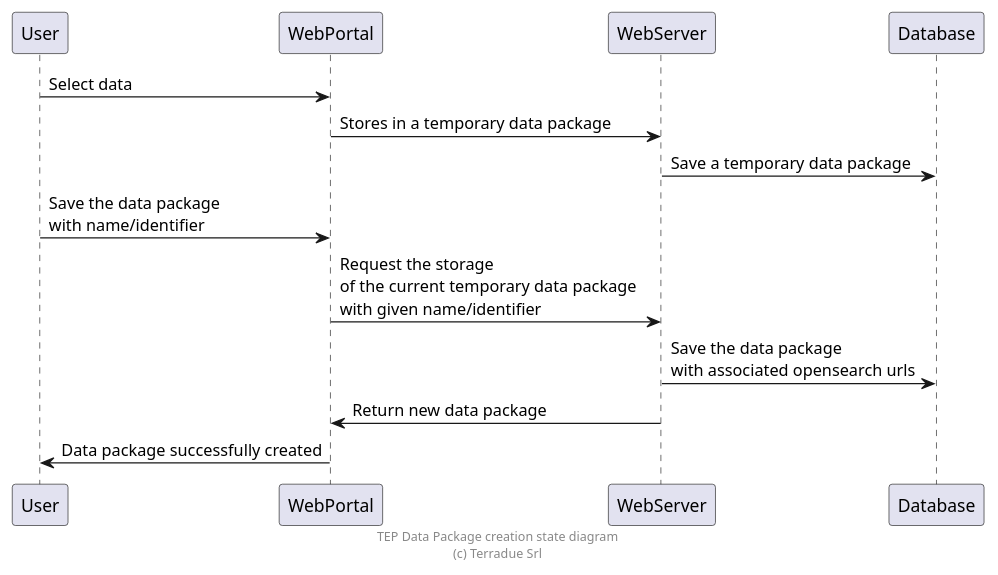
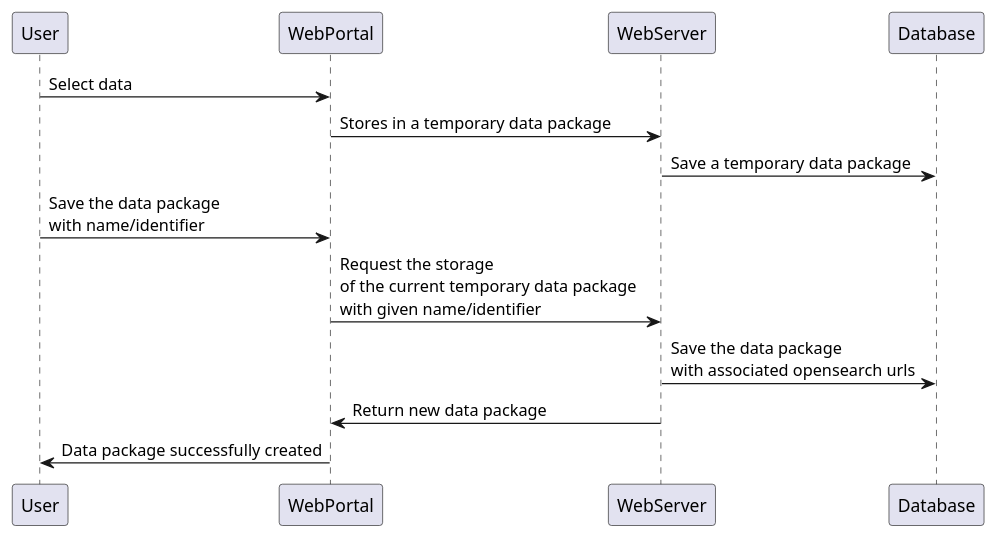
The first of 2 diagrams in source/groups/group___tep_data.rst (urban-tep/DDF-SDD), drawn with PlantUML before and after one commit. The commit also changed other lines of this file and 220 other files, not shown here.

```diff
--- a/source/groups/group___tep_data.rst
+++ b/source/groups/group___tep_data.rst
@@ -26,17 +21,12 @@
 .. uml::
+	:caption: Data package lifecycle #1 state diagram
 
 
-	
 	User -> WebPortal: Select data
 	WebPortal -> WebServer: Stores in a temporary data package
 	WebServer -> Database: Save a temporary data package
 	User -> WebPortal: Save the data package \nwith name/identifier
 	WebPortal -> WebServer: Request the storage \nof the current temporary data package \nwith given name/identifier
 	WebServer -> Database: Save the data package \nwith associated opensearch urls
 	WebServer -> WebPortal: Return new data package
 	WebPortal -> User: Data package successfully created
-	
-	footer
-	TEP Data Package creation state diagram
-	(c) Terradue Srl
-	endfooter
```
